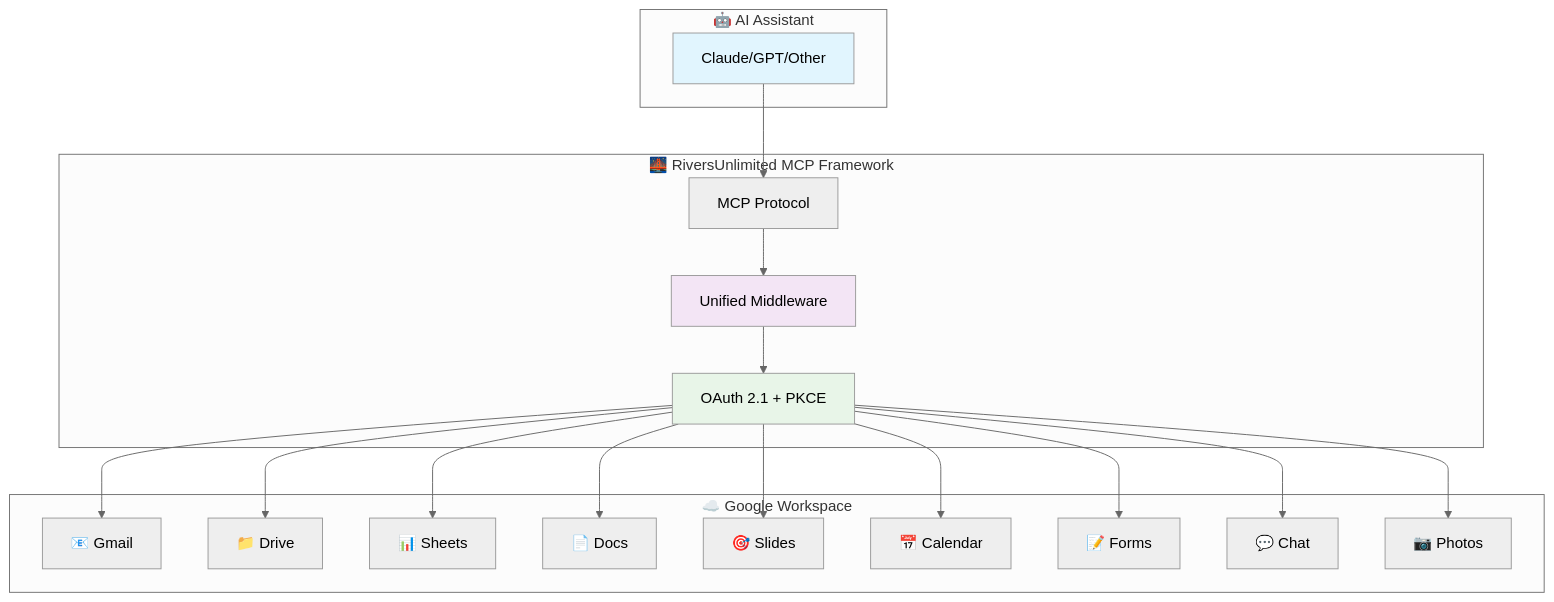
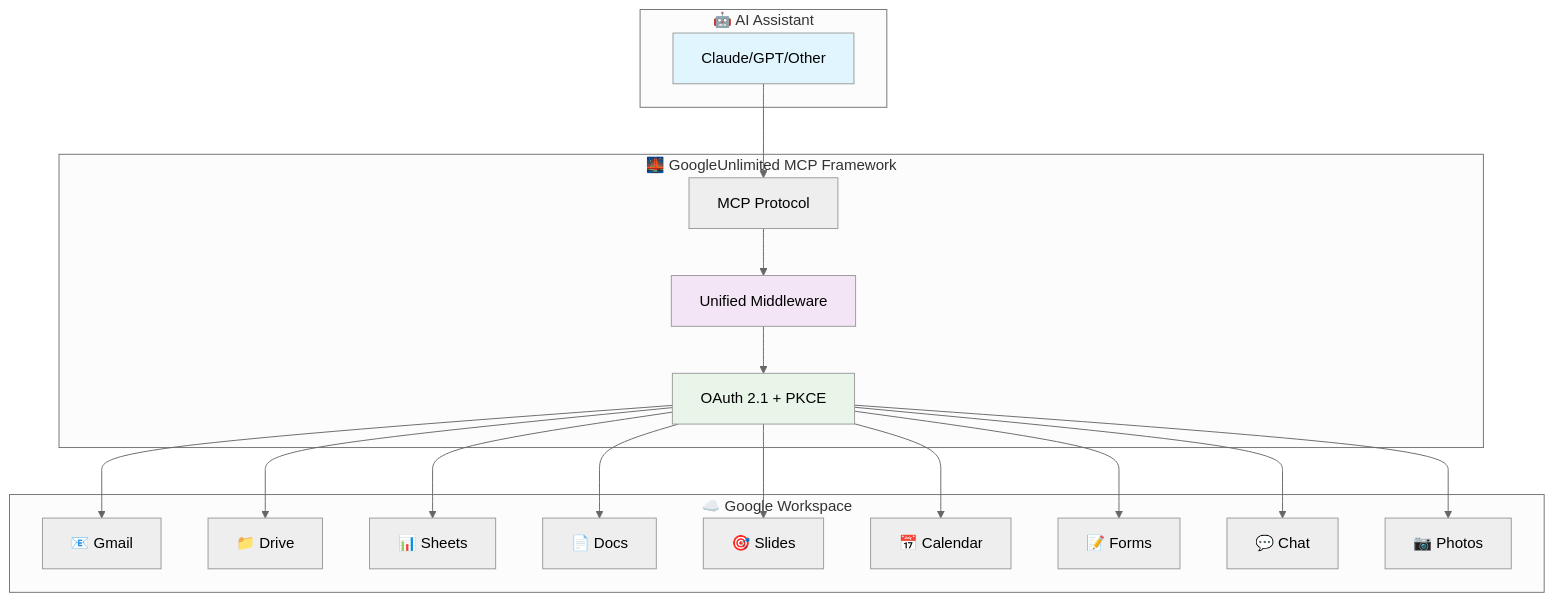
One commit to dipseth/google_workspace_fastmcp2 changed the first of 5 diagrams in README.md. Above: the diagram before and after it, drawn with Mermaid (neutral theme). The commit also changed other lines of this file, not shown here.

Commit message:
docs: update README to reflect rebranding from RiversUnlimited to GoogleUnlimited and enhance service capabilities

````diff
--- a/README.md
+++ b/README.md
@@ -21,41 +21,41 @@
 ```mermaid
 graph TB
     subgraph "🤖 AI Assistant"
         A[Claude/GPT/Other]
     end
     
-    subgraph "🌉 RiversUnlimited MCP Framework"
+    subgraph "🌉 GoogleUnlimited MCP Framework"
         B[MCP Protocol]
         C[Unified Middleware]
         D[OAuth 2.1 + PKCE]
     end
     
     subgraph "☁️ Google Workspace"
         E[📧 Gmail]
         F[📁 Drive]
         G[📊 Sheets]
         H[📄 Docs]
         I[🎯 Slides]
         J[📅 Calendar]
         K[📝 Forms]
         L[💬 Chat]
         M[📷 Photos]
     end
     
     A --> B
     B --> C
     C --> D
     D --> E
     D --> F
     D --> G
     D --> H
     D --> I
     D --> J
     D --> K
     D --> L
     D --> M
     
     style A fill:#e1f5fe
     style C fill:#f3e5f5
     style D fill:#e8f5e8
 ```
````
